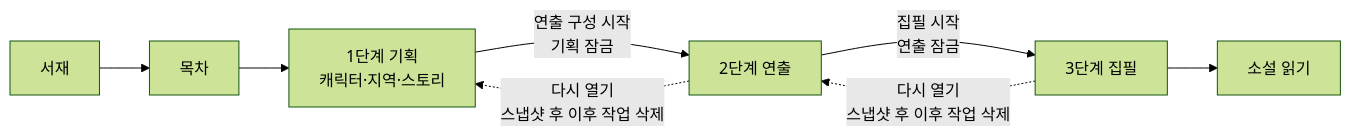
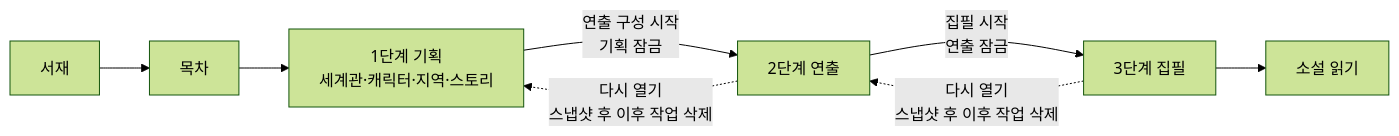
The second of 5 diagrams in README.md (mminjae97/aiplot), drawn with Mermaid (forest theme) before and after one commit. The commit also changed other lines of this file and 33 other files, not shown here.

First line of the commit message:
feat(schemas): add the world card to stage 1 (#40)

````diff
--- a/README.md
+++ b/README.md
@@ -295,10 +311,10 @@
 ```mermaid
 flowchart LR
     L[서재] --> C[목차]
-    C --> P[1단계 기획<br/>캐릭터·지역·스토리]
+    C --> P[1단계 기획<br/>세계관·캐릭터·지역·스토리]
     P -- 연출 구성 시작<br/>기획 잠금 --> D[2단계 연출]
     D -- 집필 시작<br/>연출 잠금 --> W[3단계 집필]
     W --> R[소설 읽기]
     D -. 다시 열기<br/>스냅샷 후 이후 작업 삭제 .-> P
     W -. 다시 열기<br/>스냅샷 후 이후 작업 삭제 .-> D
 ```
````
